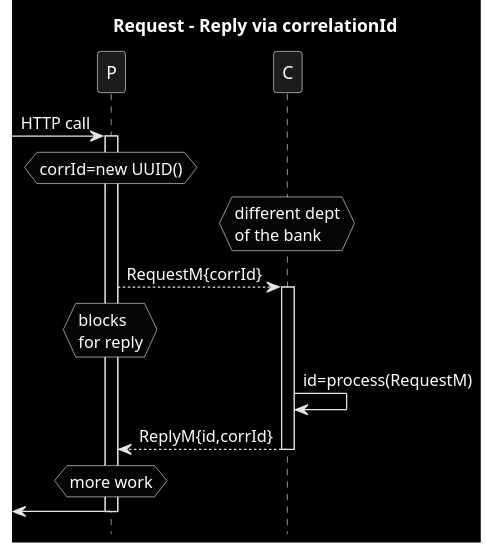
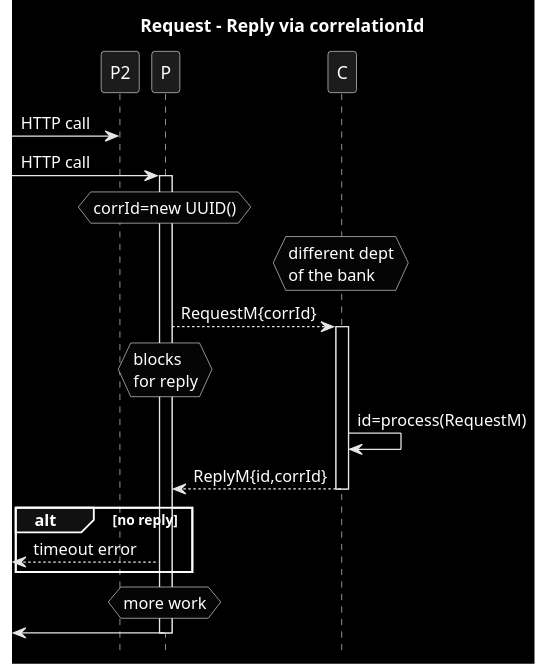
One commit to victorrentea/kafka changed the diagram in patterns/4_request_reply_0_blocking.puml. Above: the diagram before and after it, drawn with PlantUML. The commit also changed 5 other files, not shown here.

```diff
--- a/patterns/4_request_reply_0_blocking.puml
+++ b/patterns/4_request_reply_0_blocking.puml
@@ -1,18 +1,27 @@
 @startuml
 title Request - Reply via correlationId
 hide footbox
 skinparam monochrome reverse
+->P2:HTTP call
 ->P:HTTP call
 activate P
 hnote over P: corrId=new UUID()
 hnote over C: different dept\nof the bank
 P-->C: RequestM{corrId}
 hnote over P: blocks\nfor reply
+'wastes a thread
+'set a timeout!
+'depending on their availability
+'P1+P2 will use different consumer groups to receive all replies filtering them by the correlation Ids
+'fragile: thread state if kept in mem
 activate C
 C->C: id=process(RequestM)
 C-->P: ReplyM{id,corrId}
 deactivate C
+alt no reply
+<--P: timeout error
+end
 hnote over P: more work
 <-P
 deactivate P
 @enduml
```
